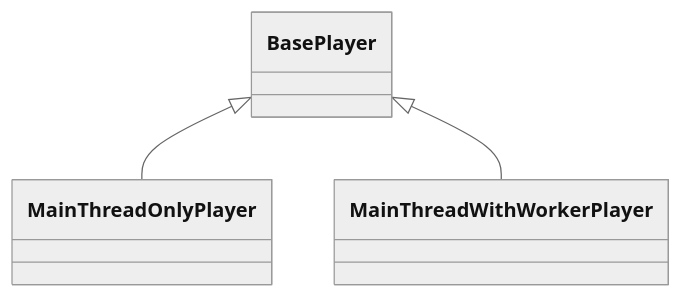
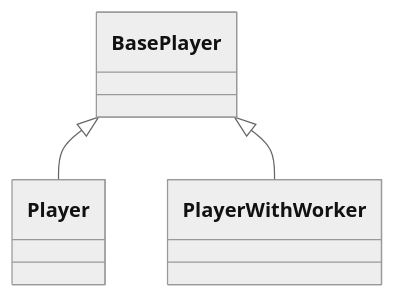
One commit to videojs/monorepo changed the first of 2 diagrams in packages/playback/docs/walkthrough.md. Above: the diagram before and after it, drawn with Mermaid (neutral theme). The commit also changed other lines of this file and 54 other files, not shown here.

````diff
--- a/packages/playback/docs/walkthrough.md
+++ b/packages/playback/docs/walkthrough.md
@@ -41,5 +41,5 @@
 ```mermaid
 classDiagram
-    BasePlayer <|-- MainThreadOnlyPlayer
-    BasePlayer <|-- MainThreadWithWorkerPlayer
+    BasePlayer <|-- Player
+    BasePlayer <|-- PlayerWithWorker
 ```
````
